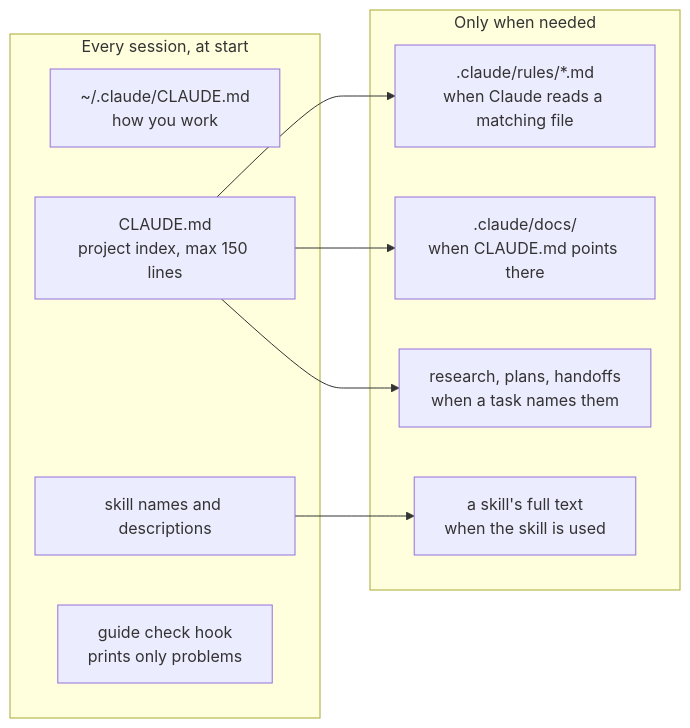
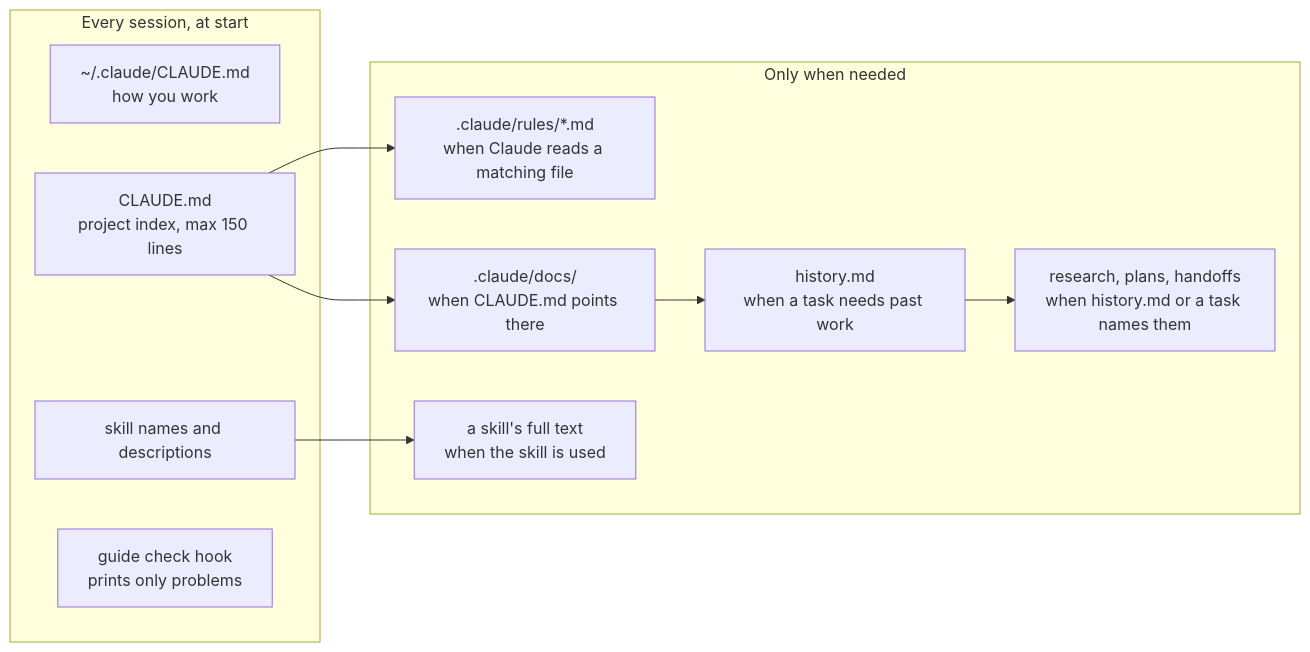
One commit to enmeshia/claude-code-kit changed the first of 6 diagrams in README.md. Above: the diagram before and after it, drawn with Mermaid. The commit also changed other lines of this file and 13 other files, not shown here.

````diff
--- a/README.md
+++ b/README.md
@@ -81,19 +84,21 @@
 ```mermaid
 flowchart LR
   subgraph start["Every session, at start"]
     GC["~/.claude/CLAUDE.md<br/>how you work"]
     PC["CLAUDE.md<br/>project index, max 150 lines"]
     SN["skill names and descriptions"]
     HK["guide check hook<br/>prints only problems"]
   end
   subgraph later["Only when needed"]
     RU[".claude/rules/*.md<br/>when Claude reads a matching file"]
     SB["a skill's full text<br/>when the skill is used"]
     DO[".claude/docs/<br/>when CLAUDE.md points there"]
-    WK["research, plans, handoffs<br/>when a task names them"]
+    HI["history.md<br/>when a task needs past work"]
+    WK["research, plans, handoffs<br/>when history.md or a task names them"]
   end
   PC --> RU
   PC --> DO
-  PC --> WK
+  DO --> HI
+  HI --> WK
   SN --> SB
 ```
````
